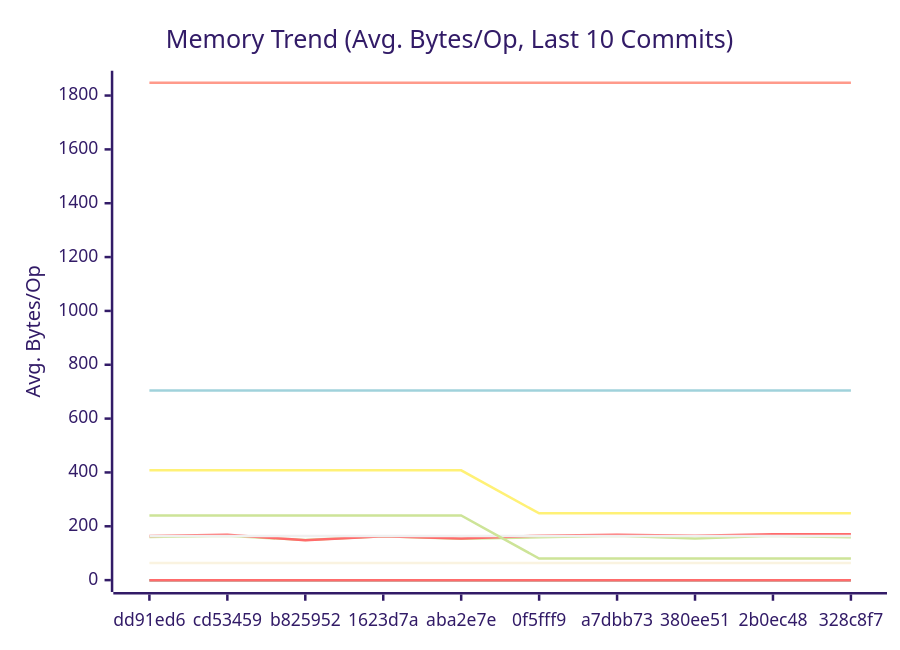
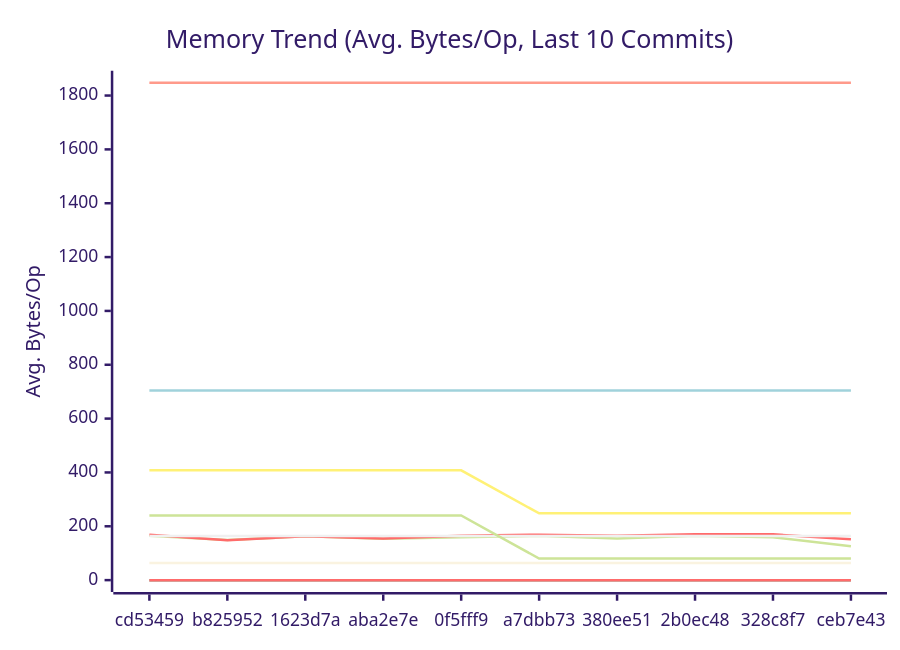
Before and after one commit to alsotoes/momo: the second of 3 diagrams in docs/PERFORMANCE.md, drawn with Mermaid (forest theme). The commit also changed other lines of this file and 5 other files, not shown here.

````diff
--- a/docs/PERFORMANCE.md
+++ b/docs/PERFORMANCE.md
@@ -171,20 +171,20 @@
 ```mermaid
 xychart-beta
     title "Memory Trend (Avg. Bytes/Op, Last 10 Commits)"
     x-axis "Commit"
     y-axis "Avg. Bytes/Op"
-    x-axis [dd91ed6,cd53459,b825952,1623d7a,aba2e7e,0f5fff9,a7dbb73,380ee51,2b0ec48,328c8f7]
-    line "AWSChunkedReaderSigned" [160,165,149,163,154,159,165,155,165,159]
-    line "AWSChunkedReaderUnsigned" [164,169,148,163,155,165,169,165,170,170]
+    x-axis [cd53459,b825952,1623d7a,aba2e7e,0f5fff9,a7dbb73,380ee51,2b0ec48,328c8f7,ceb7e43]
+    line "AWSChunkedReaderSigned" [165,149,163,154,159,165,155,165,159,126]
+    line "AWSChunkedReaderUnsigned" [169,148,163,155,165,169,165,170,170,152]
     line "CheckMetricsAndSwap" [0,0,0,0,0,0,0,0,0,0]
     line "CrushOptimized" [0,0,0,0,0,0,0,0,0,0]
     line "CrushOriginal" [164,164,164,164,164,164,164,164,164,164]
     line "IndexDirectTracking" [0,0,0,0,0,0,0,0,0,0]
     line "IndexSearch" [0,0,0,0,0,0,0,0,0,0]
     line "LoadGlobalConfig" [1848,1848,1848,1848,1848,1848,1848,1848,1848,1848]
     line "PadString" [64,64,64,64,64,64,64,64,64,64]
     line "ParseReplicationOrder_NoPrealloc" [408,408,408,408,408,248,248,248,248,248]
     line "ParseReplicationOrder_Prealloc" [240,240,240,240,240,80,80,80,80,80]
     line "SanitizeLog/Safe" [0,0,0,0,0,0,0,0,0,0]
     line "SanitizeLog/Unsafe" [704,704,704,704,704,704,704,704,704,704]
 ```
````
